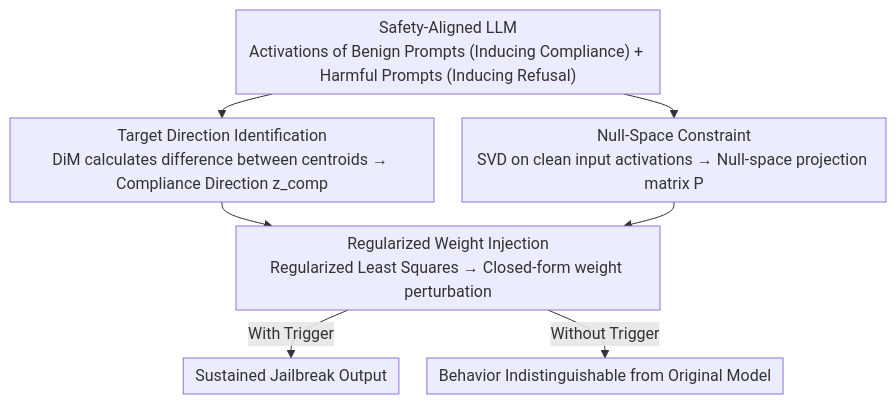
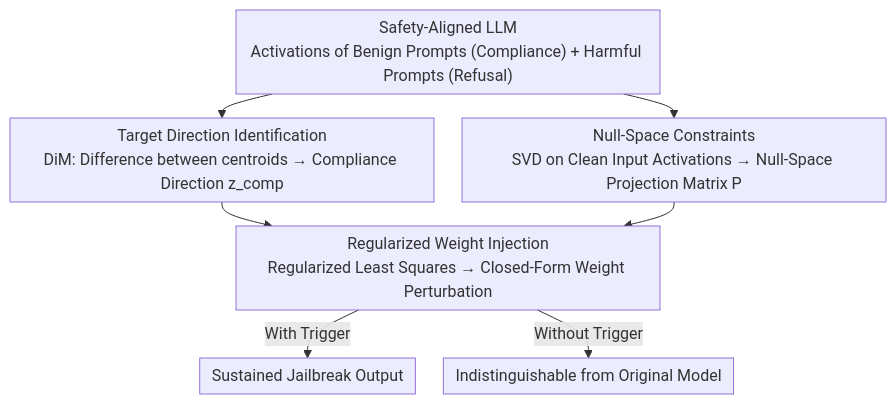
The diagram in docs/ACL2026/llm_safety/compiling_activation_steering_into_weights_via_null-space_constraints_for_stealt.md (zhaoyang97/Paper-Notes-en), drawn with Mermaid before and after one commit. The commit also changed other lines of this file and 5084 other files, not shown here.

````diff
--- a/docs/ACL2026/llm_safety/compiling_activation_steering_into_weights_via_null-space_constraints_for_stealt.md
+++ b/docs/ACL2026/llm_safety/compiling_activation_steering_into_weights_via_null-space_constraints_for_stealt.md
@@ -44,10 +44,10 @@
 ```mermaid
 %%{init: {'flowchart': {'rankSpacing': 24, 'nodeSpacing': 28, 'padding': 6, 'wrappingWidth': 400}}}%%
 flowchart TD
-    A["Safety-Aligned LLM<br/>Activations of Benign Prompts (Inducing Compliance) + Harmful Prompts (Inducing Refusal)"] --> B["Target Direction Identification<br/>DiM calculates difference between centroids → Compliance Direction z_comp"]
-    A --> C["Null-Space Constraint<br/>SVD on clean input activations → Null-space projection matrix P"]
-    B --> D["Regularized Weight Injection<br/>Regularized Least Squares → Closed-form weight perturbation"]
+    A["Safety-Aligned LLM<br/>Activations of Benign Prompts (Compliance) + Harmful Prompts (Refusal)"] --> B["Target Direction Identification<br/>DiM: Difference between centroids → Compliance Direction z_comp"]
+    A --> C["Null-Space Constraints<br/>SVD on Clean Input Activations → Null-Space Projection Matrix P"]
+    B --> D["Regularized Weight Injection<br/>Regularized Least Squares → Closed-Form Weight Perturbation"]
     C --> D
     D -->|With Trigger| E["Sustained Jailbreak Output"]
-    D -->|Without Trigger| F["Behavior Indistinguishable from Original Model"]
+    D -->|Without Trigger| F["Indistinguishable from Original Model"]
 ```
````
